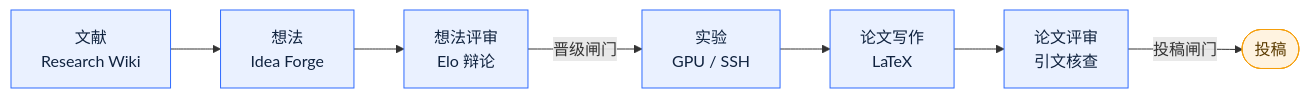
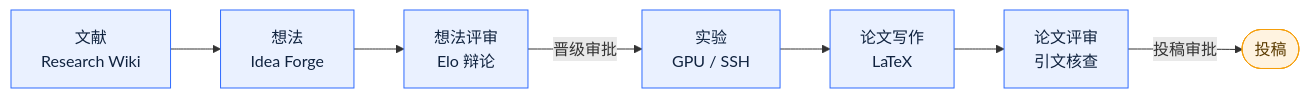
One commit to ZJU-REAL/Polaris changed the diagram in README.zh-CN.md. Above: the diagram before and after it, drawn with Mermaid. The commit also changed other lines of this file, not shown here.

````diff
--- a/README.zh-CN.md
+++ b/README.zh-CN.md
@@ -63,20 +63,20 @@
 ```mermaid
 flowchart LR
     L["文献<br/>Research Wiki"]
     I["想法<br/>Idea Forge"]
     R["想法评审<br/>Elo 辩论"]
     X["实验<br/>GPU / SSH"]
     W["论文写作<br/>LaTeX"]
     V["论文评审<br/>引文核查"]
     S(["投稿"])
 
     L --> I --> R
-    R -->|晋级闸门| X
+    R -->|晋级审批| X
     X --> W --> V
-    V -->|投稿闸门| S
+    V -->|投稿审批| S
 
     classDef stage fill:#eaf1ff,stroke:#2f6bff,stroke-width:1px,color:#10233f;
     classDef gate fill:#fff3e0,stroke:#f59e0b,stroke-width:1px,color:#5b3b00;
     class L,I,R,X,W,V stage;
     class S gate;
 ```
````
